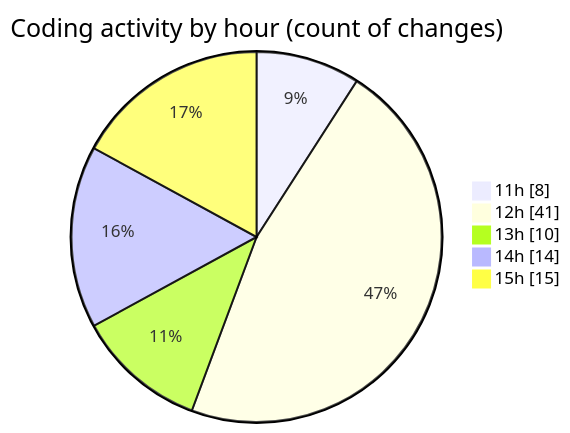
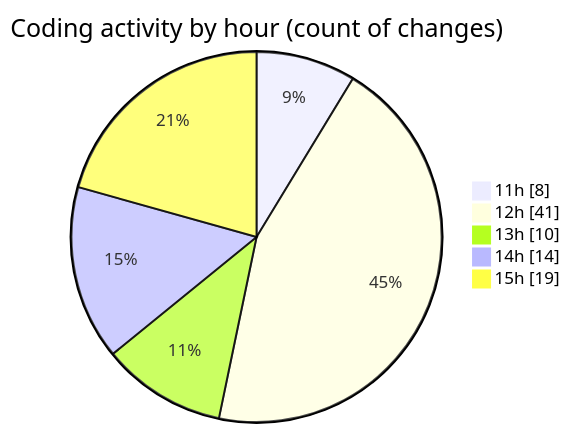
Before and after one commit to BS-eng2023/code-tracking: the second of 2 diagrams in 2025-05-04/project/README.md, drawn with Mermaid. The commit also changed other lines of this file and 1 other file, not shown here.

````diff
--- a/2025-05-04/project/README.md
+++ b/2025-05-04/project/README.md
@@ -50,9 +50,9 @@
 ```mermaid
 pie showData
 title Coding activity by hour (count of changes)
 "11h" : 8
 "12h" : 41
 "13h" : 10
 "14h" : 14
-"15h" : 15
+"15h" : 19
 ```
````
